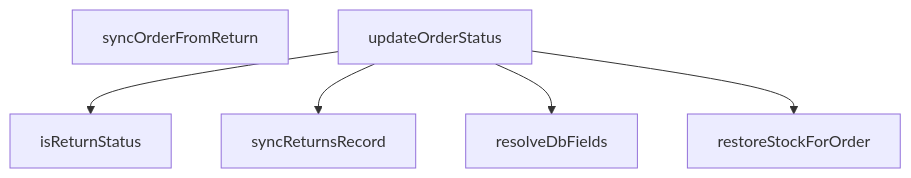
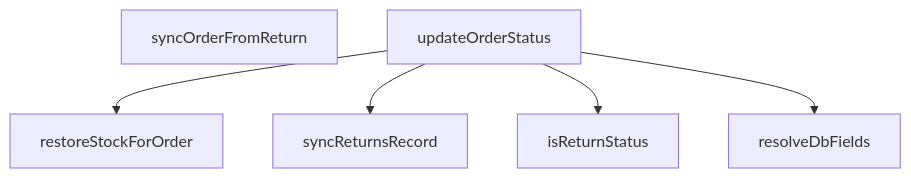
The diagram in src/lib/orderStatusService.md (peckop/venthub-hvac-esite), drawn with Mermaid before and after one commit. The commit also changed other lines of this file and 429 other files, not shown here.

````diff
--- a/src/lib/orderStatusService.md
+++ b/src/lib/orderStatusService.md
@@ -173,13 +180,13 @@
 ```mermaid
 graph TD
     orderStatusService_ts__isReturnStatus["isReturnStatus"]
     orderStatusService_ts__resolveDbFields["resolveDbFields"]
     orderStatusService_ts__restoreStockForOrder["restoreStockForOrder"]
     orderStatusService_ts__syncOrderFromReturn["syncOrderFromReturn"]
     orderStatusService_ts__syncReturnsRecord["syncReturnsRecord"]
     orderStatusService_ts__updateOrderStatus["updateOrderStatus"]
+    orderStatusService_ts__updateOrderStatus --> orderStatusService_ts__restoreStockForOrder
+    orderStatusService_ts__updateOrderStatus --> orderStatusService_ts__syncReturnsRecord
     orderStatusService_ts__updateOrderStatus --> orderStatusService_ts__isReturnStatus
-    orderStatusService_ts__updateOrderStatus --> orderStatusService_ts__syncReturnsRecord
     orderStatusService_ts__updateOrderStatus --> orderStatusService_ts__resolveDbFields
-    orderStatusService_ts__updateOrderStatus --> orderStatusService_ts__restoreStockForOrder
 ```
````
